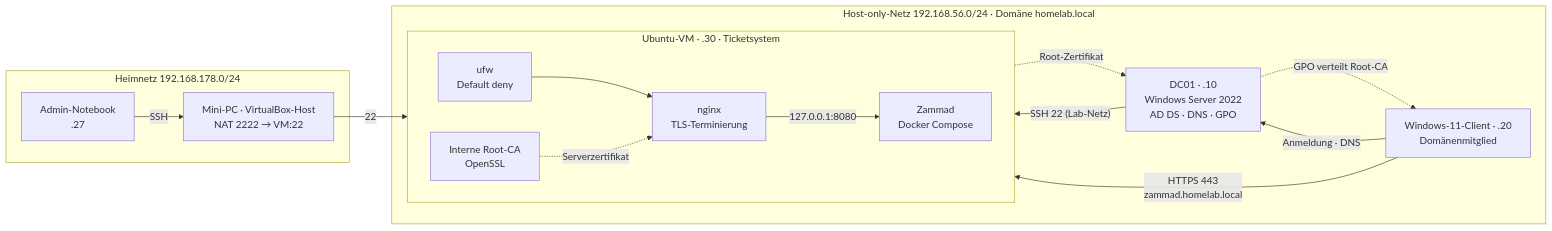
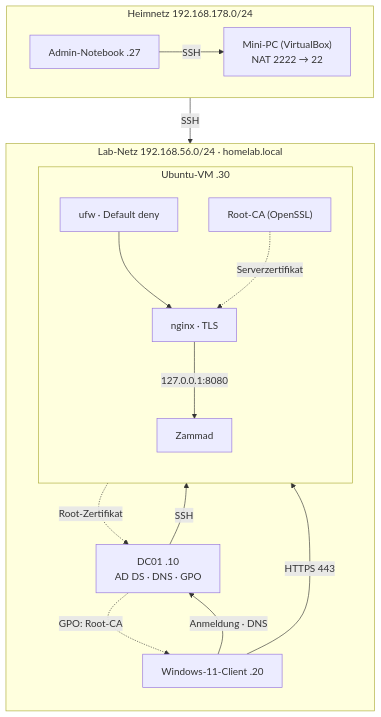
Before and after one commit to DFelux/it-infrastructure-lab: the diagram in README.md, drawn with Mermaid.

Commit message:
README: Architekturdiagramm senkrecht für bessere Lesbarkeit
Claude-Session: https://claude.ai/code/session_014m61PJcu4rgv7xQcQA2DYG

````diff
--- a/README.md
+++ b/README.md
@@ -34,25 +34,27 @@
 ```mermaid
-flowchart LR
+flowchart TB
     subgraph HOME["Heimnetz 192.168.178.0/24"]
-        NB["Admin-Notebook<br/>.27"]
-        HOST["Mini-PC · VirtualBox-Host<br/>NAT 2222 → VM:22"]
+        direction LR
+        NB["Admin-Notebook .27"] -- "SSH" --> HOST["Mini-PC (VirtualBox)<br/>NAT 2222 → 22"]
     end
 
-    subgraph LAB["Host-only-Netz 192.168.56.0/24 · Domäne homelab.local"]
-        DC["DC01 · .10<br/>Windows Server 2022<br/>AD DS · DNS · GPO"]
-        CL["Windows-11-Client · .20<br/>Domänenmitglied"]
-        subgraph VM["Ubuntu-VM · .30 · Ticketsystem"]
-            direction LR
-            FW["ufw<br/>Default deny"] --> NG["nginx<br/>TLS-Terminierung"] -- "127.0.0.1:8080" --> ZM["Zammad<br/>Docker Compose"]
-            CA["Interne Root-CA<br/>OpenSSL"]
+    subgraph LAB["Lab-Netz 192.168.56.0/24 · homelab.local"]
+        direction TB
+        CL["Windows-11-Client .20"]
+        DC["DC01 .10<br/>AD DS · DNS · GPO"]
+        subgraph VM["Ubuntu-VM .30"]
+            direction TB
+            FW["ufw · Default deny"] --> NG["nginx · TLS"]
+            NG -- "127.0.0.1:8080" --> ZM["Zammad"]
+            CA["Root-CA (OpenSSL)"]
         end
     end
 
     CL -- "Anmeldung · DNS" --> DC
-    CL -- "HTTPS 443<br/>zammad.homelab.local" --> FW
-    DC -- "SSH 22 (Lab-Netz)" --> FW
-    NB -- "SSH" --> HOST -- "22" --> FW
+    CL -- "HTTPS 443" --> FW
+    DC -- "SSH" --> FW
+    HOST -- "SSH" --> FW
     CA -. "Serverzertifikat" .-> NG
     CA -. "Root-Zertifikat" .-> DC
-    DC -. "GPO verteilt Root-CA" .-> CL
+    DC -. "GPO: Root-CA" .-> CL
 ```
````
